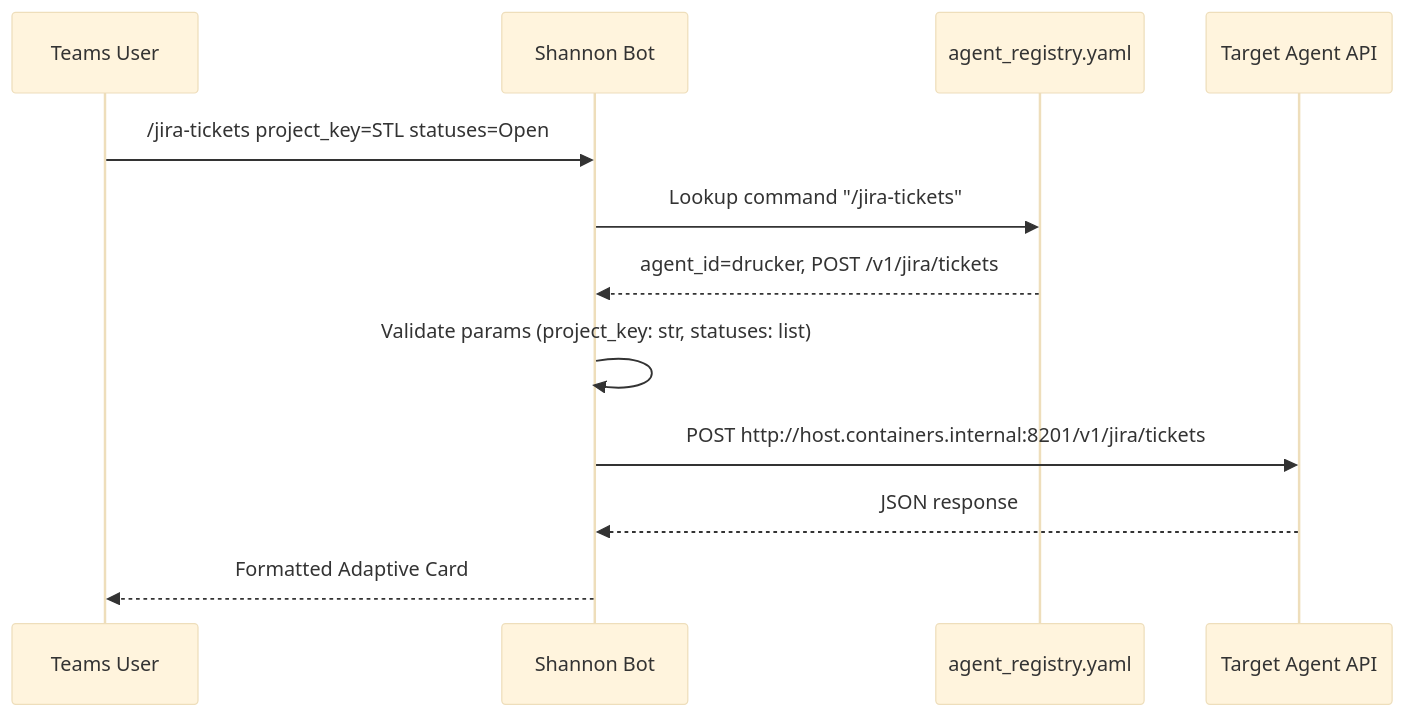
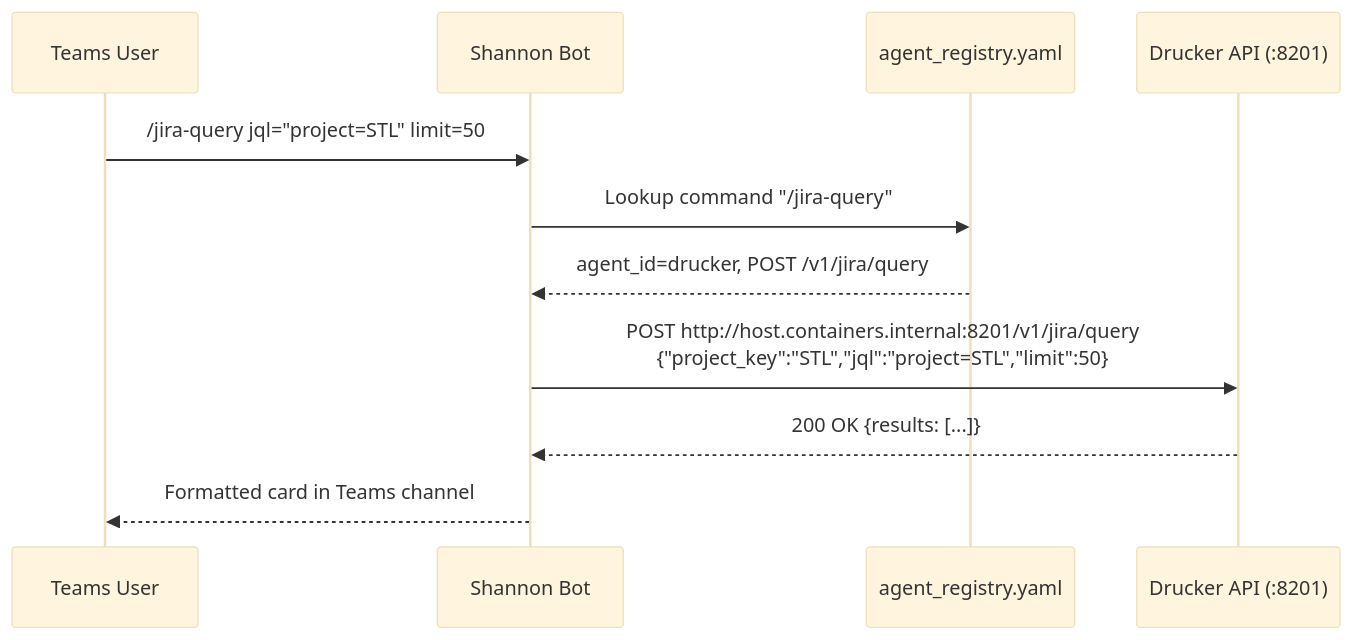
One commit to jmac-cornelis/agent-workforce changed the second of 4 diagrams in docs/config-shannon.md. Above: the diagram before and after it, drawn with Mermaid (base theme). The commit also changed other lines of this file and 7 other files, not shown here.

````diff
--- a/docs/config-shannon.md
+++ b/docs/config-shannon.md
@@ -67,15 +68,14 @@
 ```mermaid
 sequenceDiagram
     participant User as Teams User
     participant Shannon as Shannon Bot
     participant Registry as agent_registry.yaml
-    participant Agent as Target Agent API
+    participant Drucker as Drucker API (:8201)
 
-    User->>Shannon: /jira-tickets project_key=STL statuses=Open
-    Shannon->>Registry: Lookup command "/jira-tickets"
-    Registry-->>Shannon: agent_id=drucker, POST /v1/jira/tickets
-    Shannon->>Shannon: Validate params (project_key: str, statuses: list)
-    Shannon->>Agent: POST http://host.containers.internal:8201/v1/jira/tickets
-    Agent-->>Shannon: JSON response
-    Shannon-->>User: Formatted Adaptive Card
+    User->>Shannon: /jira-query jql="project=STL" limit=50
+    Shannon->>Registry: Lookup command "/jira-query"
+    Registry-->>Shannon: agent_id=drucker, POST /v1/jira/query
+    Shannon->>Drucker: POST http://host.containers.internal:8201/v1/jira/query<br/>{"project_key":"STL","jql":"project=STL","limit":50}
+    Drucker-->>Shannon: 200 OK {results: [...]}
+    Shannon-->>User: Formatted card in Teams channel
 ```
````
